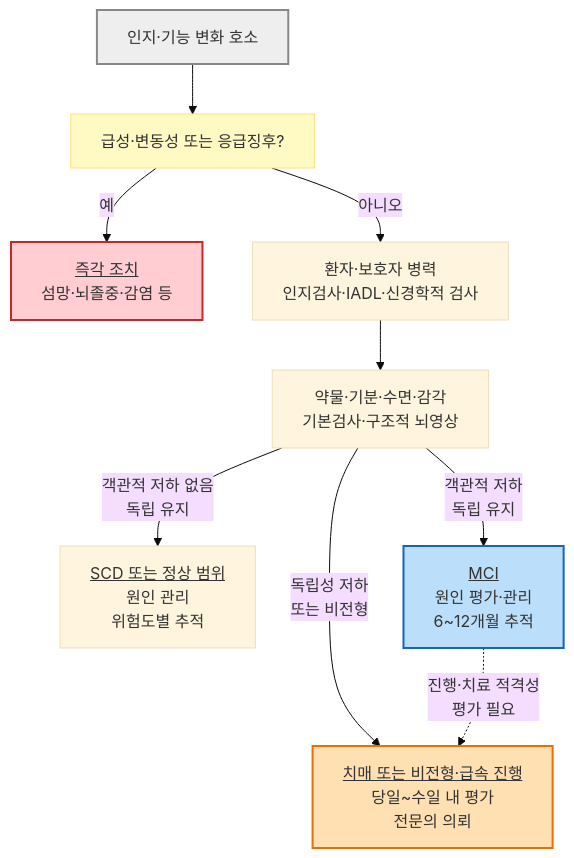
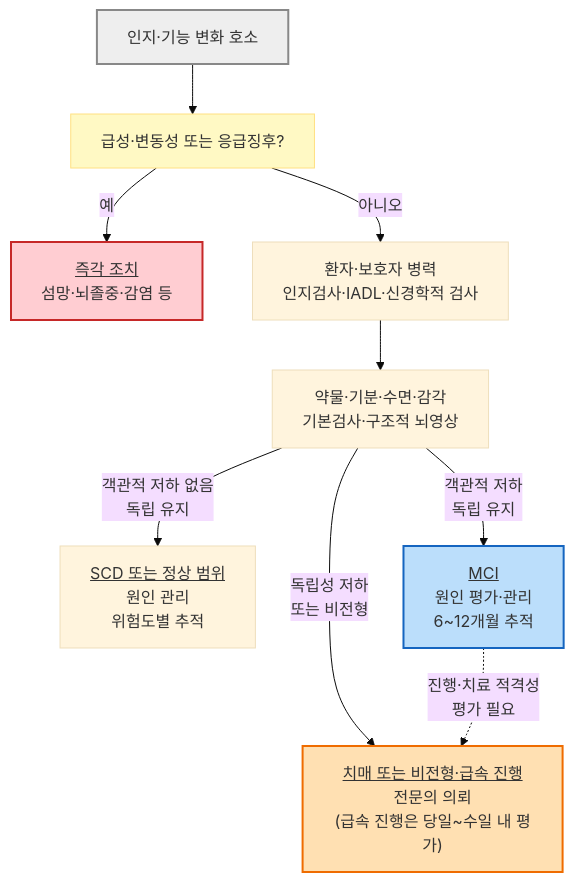
Before and after one commit to familyoh77/familyoh77: the diagram in 221_/032_-mild-cognitive-impairment.md, drawn with Mermaid (base theme). The commit also changed other lines of this file, not shown here.

````diff
--- a/221_/032_-mild-cognitive-impairment.md
+++ b/221_/032_-mild-cognitive-impairment.md
@@ -224,18 +226,18 @@
 ```mermaid
 flowchart TD
     A["인지·기능 변화 호소"] --> B["급성·변동성 또는 응급징후?"]
     B -->|예| E["<u>즉각 조치</u><br/>섬망·뇌졸중·감염 등"]
     B -->|아니오| C["환자·보호자 병력<br/>인지검사·IADL·신경학적 검사"]
     C --> D["약물·기분·수면·감각<br/>기본검사·구조적 뇌영상"]
     D -->|객관적 저하 없음<br/>독립 유지| F["<u>SCD 또는 정상 범위</u><br/>원인 관리<br/>위험도별 추적"]
     D -->|객관적 저하<br/>독립 유지| G["<u>MCI</u><br/>원인 평가·관리<br/>6~12개월 추적"]
-    D -->|독립성 저하<br/>또는 비전형| H["<u>치매 또는 비전형·급속 진행</u><br/>당일~수일 내 평가<br/>전문의 의뢰"]
+    D -->|독립성 저하<br/>또는 비전형| H["<u>치매 또는 비전형·급속 진행</u><br/>전문의 의뢰<br/>(급속 진행은 당일~수일 내 평가)"]
     G -.->|진행·치료 적격성<br/>평가 필요| H
 
     style A fill:#eeeeee,stroke:#888888,stroke-width:2px
     style B fill:#fff9c4,stroke:#ffe082
     style E fill:#ffcdd2,stroke:#c62828,stroke-width:2px
     style G fill:#bbdefb,stroke:#1565c0,stroke-width:2px
     style H fill:#ffe0b2,stroke:#ef6c00,stroke-width:2px
 
 ```
````
